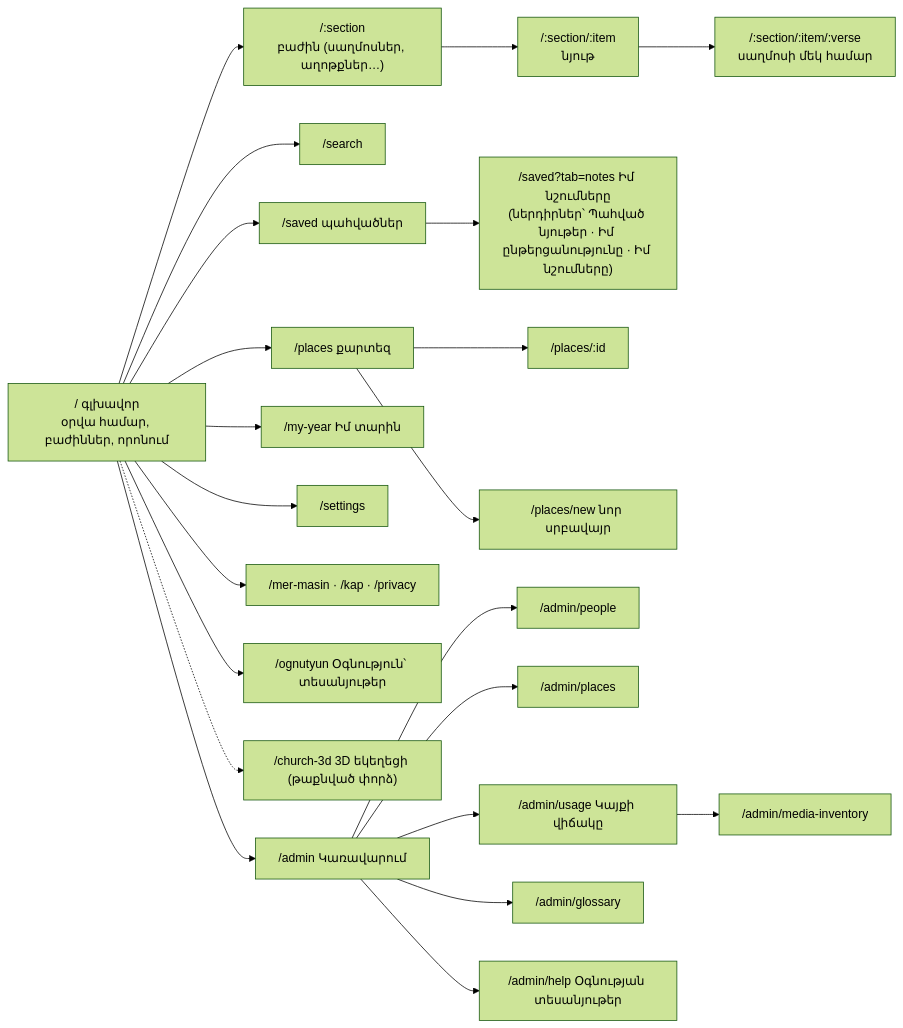
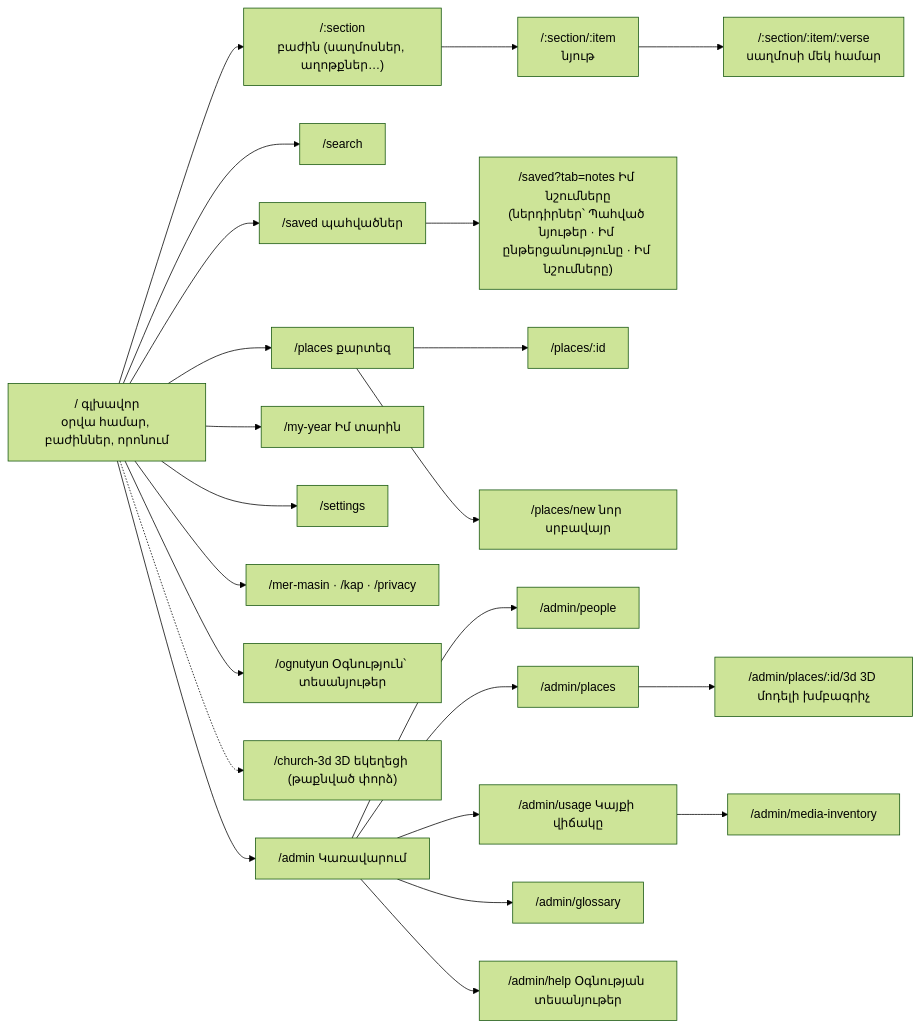
The fifth of 27 diagrams in docs/ARCHITECTURE.md (T0n0yan/armenian-apostolic-digital-library), drawn with Mermaid (forest theme) before and after one commit. The commit also changed other lines of this file and 13 other files, not shown here.

````diff
--- a/docs/ARCHITECTURE.md
+++ b/docs/ARCHITECTURE.md
@@ -326,25 +326,26 @@
 ```mermaid
 flowchart LR
   HOME["/ գլխավոր<br/>օրվա համար, բաժիններ, որոնում"]
   HOME --> SEC["/:section<br/>բաժին (սաղմոսներ, աղոթքներ…)"]
   SEC --> MAT["/:section/:item<br/>նյութ"]
   MAT --> VERSE["/:section/:item/:verse<br/>սաղմոսի մեկ համար"]
   HOME --> SEARCH["/search"]
   HOME --> SAVED["/saved պահվածներ"]
   SAVED --> NOTES["/saved?tab=notes Իմ նշումները<br/>(ներդիրներ՝ Պահված նյութեր · Իմ ընթերցանությունը · Իմ նշումները)"]
   HOME --> PLACES["/places քարտեզ"]
   PLACES --> PLACE["/places/:id"]
   PLACES --> PNEW["/places/new նոր սրբավայր"]
   HOME --> MY["/my-year Իմ տարին"]
   HOME --> SET["/settings"]
   HOME --> INFO["/mer-masin · /kap · /privacy"]
   HOME --> HELP["/ognutyun Օգնություն՝ տեսանյութեր"]
   HOME -.-> C3D["/church-3d 3D եկեղեցի (թաքնված փորձ)"]
   HOME --> ADM["/admin Կառավարում"]
   ADM --> A1["/admin/people"]
   ADM --> A2["/admin/places"]
+  A2 --> A7["/admin/places/:id/3d 3D մոդելի խմբագրիչ"]
   ADM --> A3["/admin/usage Կայքի վիճակը"]
   ADM --> A4["/admin/glossary"]
   ADM --> A6["/admin/help Օգնության տեսանյութեր"]
   A3 --> A5["/admin/media-inventory"]
 ```
````
